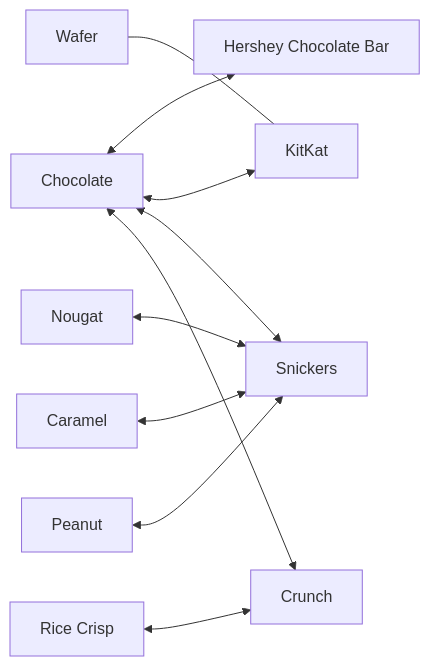
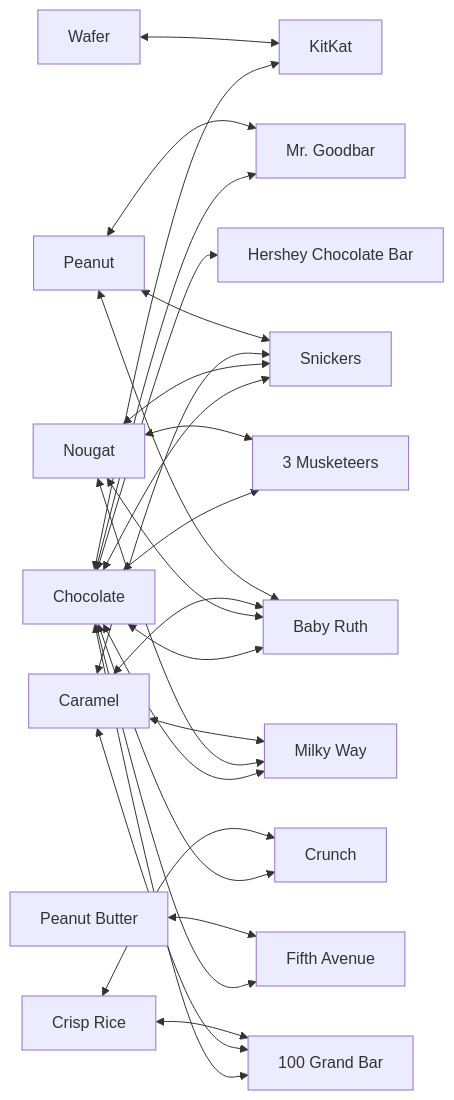
Before and after one commit to JustinR1015/CandyMaker: the diagram in README.md, drawn with Mermaid.

````diff
--- a/README.md
+++ b/README.md
@@ -3,13 +3,29 @@
 ```mermaid
 flowchart LR
 %%  subgraph Ingredients
     Chocolate <--> hcb[Hershey Chocolate Bar]
     Chocolate <--> KitKat
     Chocolate <--> Snickers
     Chocolate <--> Crunch
+    Chocolate <--> mg[Mr. Goodbar]
+    Chocolate <--> tm[3 Musketeers]
+    Chocolate <--> mw[Milky Way]
+    Chocolate <--> br[Baby Ruth]
+    Chocolate <--> ohgb[100 Grand Bar]
+    Chocolate <--> fa[Fifth Avenue]
     Nougat <--> Snickers
+    Nougat <--> tm
+    Nougat <--> mw
+    Nougat <--> br
     Caramel <--> Snickers
+    Caramel <--> mw
+    Caramel <--> br
+    Caramel <--> ohgb
     Peanut <--> Snickers
-    rc[Rice Crisp] <--> Crunch
-    Wafer --- KitKat
+    Peanut <--> mg
+    Peanut <--> br
+    cr[Crisp Rice] <--> Crunch
+    cr <--> ohgb
+    Wafer <--> KitKat
+    pb[Peanut Butter] <--> fa
 ```
````
